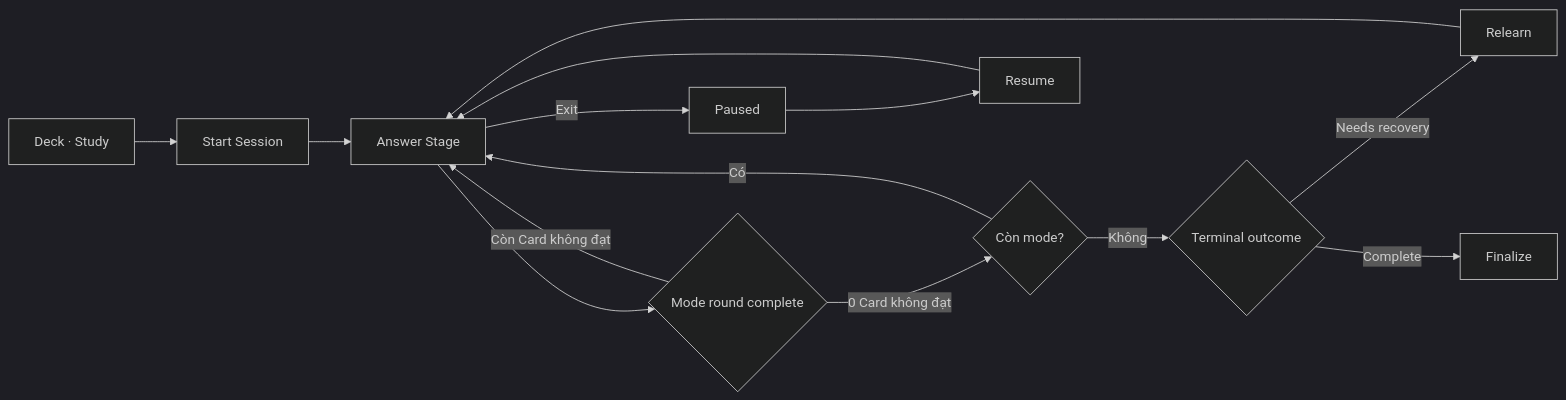
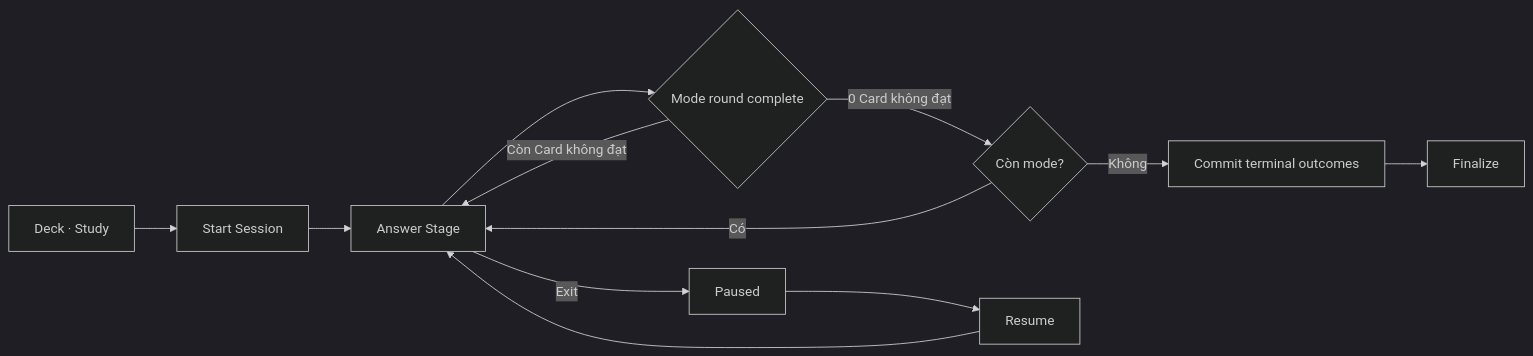
Before and after one commit to ntgptit/memox-v6: the diagram in docs/business/study-session/README.md, drawn with Mermaid (dark theme). The commit also changed other lines of this file and 124 other files, not shown here.

````diff
--- a/docs/business/study-session/README.md
+++ b/docs/business/study-session/README.md
@@ -19,16 +24,14 @@
 ```mermaid
 flowchart LR
     A["Deck · Study"] --> B["Start Session"]
     B --> C["Answer Stage"]
     C --> D{"Mode round complete"}
     D -- "Còn Card không đạt" --> C
     D -- "0 Card không đạt" --> E{"Còn mode?"}
     E -- "Có" --> C
-    E -- "Không" --> F{"Terminal outcome"}
-    F -- "Needs recovery" --> G["Relearn"]
-    G --> C
-    F -- "Complete" --> H["Finalize"]
+    E -- "Không" --> F["Commit terminal outcomes"]
+    F --> H["Finalize"]
     C -- "Exit" --> I["Paused"]
     I --> J["Resume"]
     J --> C
 ```
````
